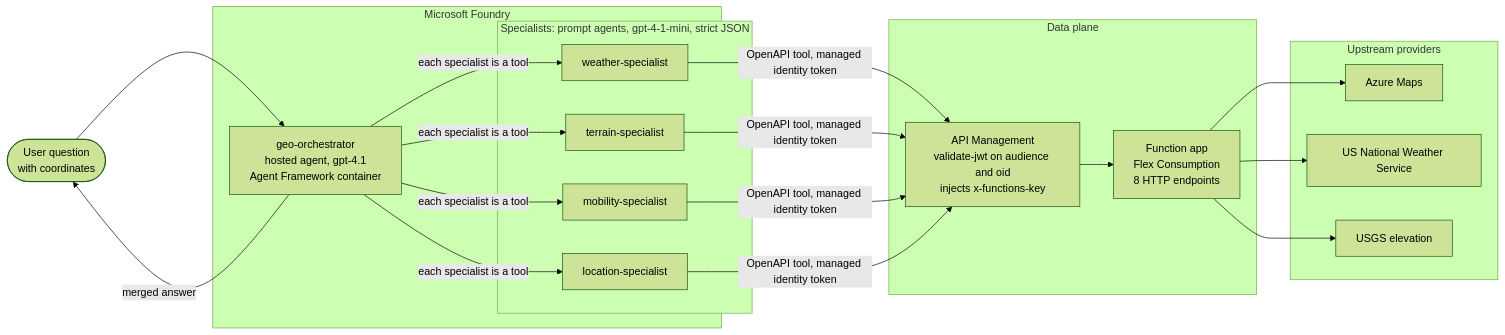
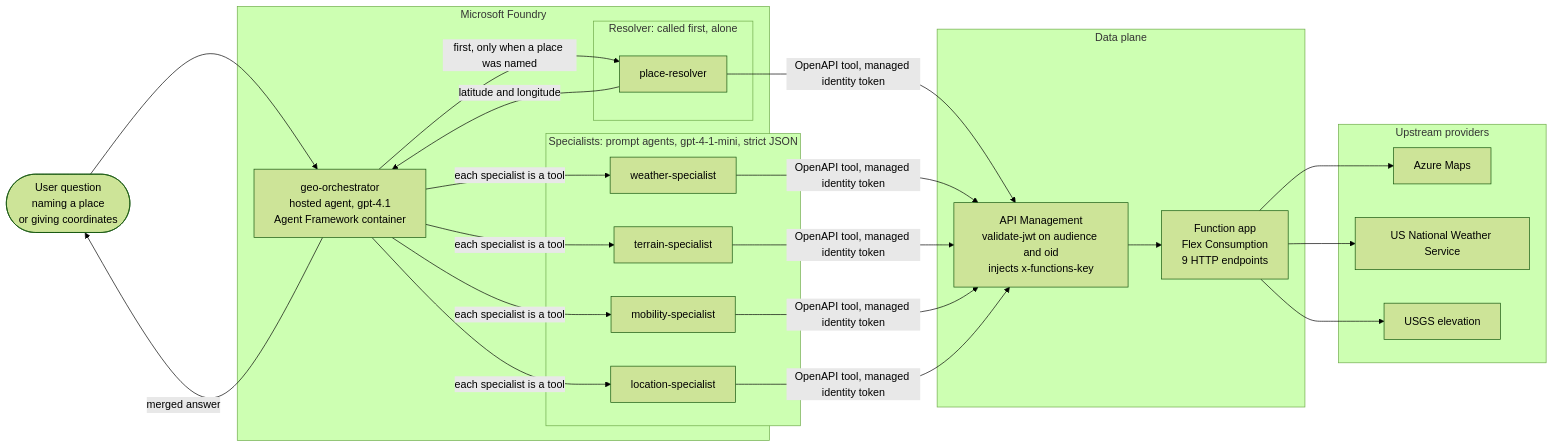
Before and after one commit to TK11703/geo-location-agents: the first of 3 diagrams in README.md, drawn with Mermaid (forest theme). The commit also changed other lines of this file and 22 other files, not shown here.

````diff
--- a/README.md
+++ b/README.md
@@ -18,33 +24,39 @@
 ```mermaid
 flowchart LR
-    User(["User question<br/>with coordinates"])
+    User(["User question<br/>naming a place<br/>or giving coordinates"])
 
     subgraph Foundry["Microsoft Foundry"]
         Orch["geo-orchestrator<br/>hosted agent, gpt-4.1<br/>Agent Framework container"]
+
+        subgraph Res["Resolver: called first, alone"]
+            P["place-resolver"]
+        end
 
         subgraph Spec["Specialists: prompt agents, gpt-4-1-mini, strict JSON"]
             W["weather-specialist"]
             T["terrain-specialist"]
             M["mobility-specialist"]
             L["location-specialist"]
         end
     end
 
     subgraph Gate["Data plane"]
         APIM["API Management<br/>validate-jwt on audience and oid<br/>injects x-functions-key"]
-        Fn["Function app<br/>Flex Consumption<br/>8 HTTP endpoints"]
+        Fn["Function app<br/>Flex Consumption<br/>9 HTTP endpoints"]
     end
 
     subgraph Up["Upstream providers"]
         Maps["Azure Maps"]
         NWS["US National Weather Service"]
         USGS["USGS elevation"]
     end
 
     User --> Orch
+    Orch -->|"first, only when a place was named"| P
+    P -->|"latitude and longitude"| Orch
     Orch -->|"each specialist is a tool"| W & T & M & L
-    W & T & M & L -->|"OpenAPI tool, managed identity token"| APIM
+    P & W & T & M & L -->|"OpenAPI tool, managed identity token"| APIM
     APIM --> Fn
     Fn --> Maps & NWS & USGS
     Orch -->|"merged answer"| User
 ```
````
